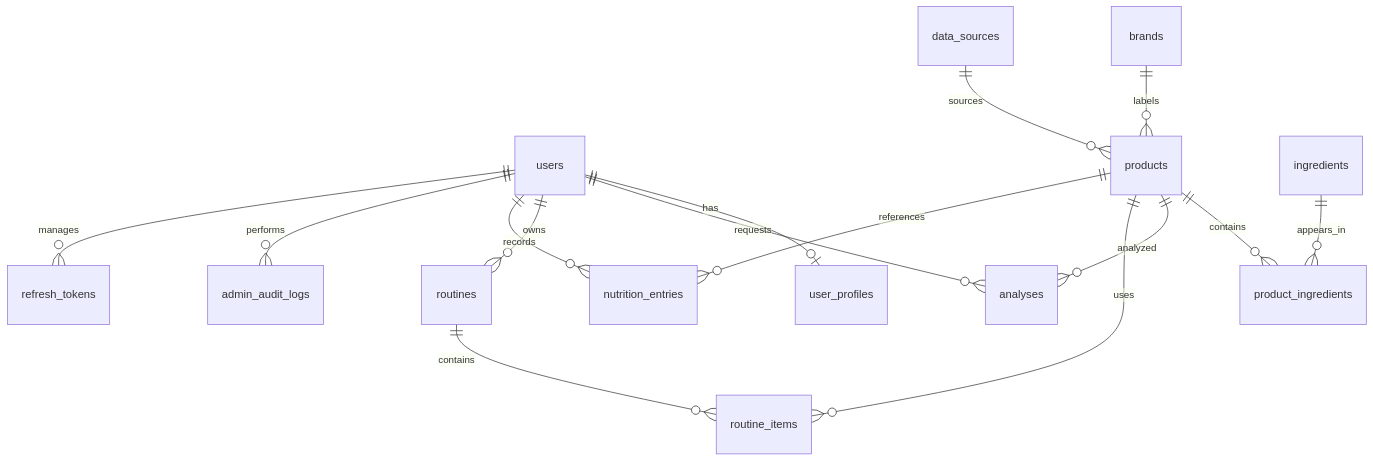
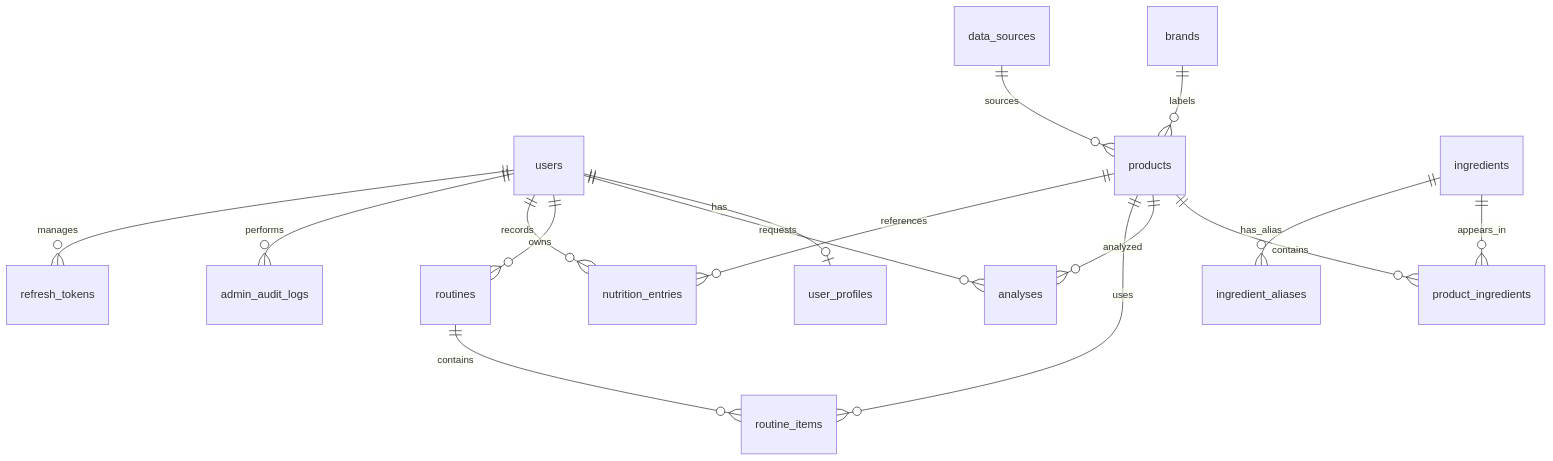
One commit to Hashirattari11/Tevrox changed the diagram in docs/database/schema.md. Above: the diagram before and after it, drawn with Mermaid. The commit also changed other lines of this file and 6 other files, not shown here.

First line of the commit message:
docs: Phase 3 architecture decisions, schema, conventions and product API

````diff
--- a/docs/database/schema.md
+++ b/docs/database/schema.md
@@ -5,17 +5,18 @@
 ```mermaid
 erDiagram
   users ||--o| user_profiles : has
   users ||--o{ analyses : requests
   users ||--o{ routines : owns
   users ||--o{ nutrition_entries : records
   users ||--o{ admin_audit_logs : performs
   users ||--o{ refresh_tokens : manages
   brands ||--o{ products : labels
   data_sources ||--o{ products : sources
   products ||--o{ product_ingredients : contains
   ingredients ||--o{ product_ingredients : appears_in
+  ingredients ||--o{ ingredient_aliases : has_alias
   products ||--o{ analyses : analyzed
   routines ||--o{ routine_items : contains
   products ||--o{ routine_items : uses
   products ||--o{ nutrition_entries : references
 ```
````
